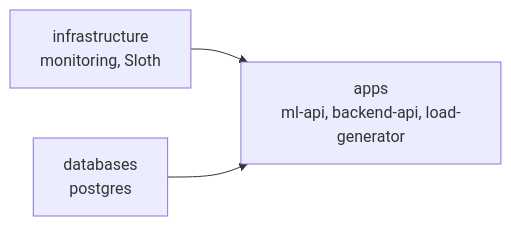
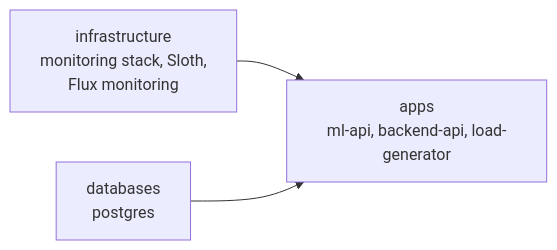
The first of 2 diagrams in README.md (slobra1n/devops-case-study), drawn with Mermaid before and after one commit. The commit also changed other lines of this file, not shown here.

Commit message:
docs: diagrams show Flux monitoring, every rule source and recorded series written back

````diff
--- a/README.md
+++ b/README.md
@@ -47,5 +47,5 @@
 ```mermaid
 flowchart LR
-  infrastructure["infrastructure<br/>monitoring, Sloth"] --> apps["apps<br/>ml-api, backend-api, load-generator"]
+  infrastructure["infrastructure<br/>monitoring stack, Sloth,<br/>Flux monitoring"] --> apps["apps<br/>ml-api, backend-api, load-generator"]
   databases["databases<br/>postgres"] --> apps
 ```
````
